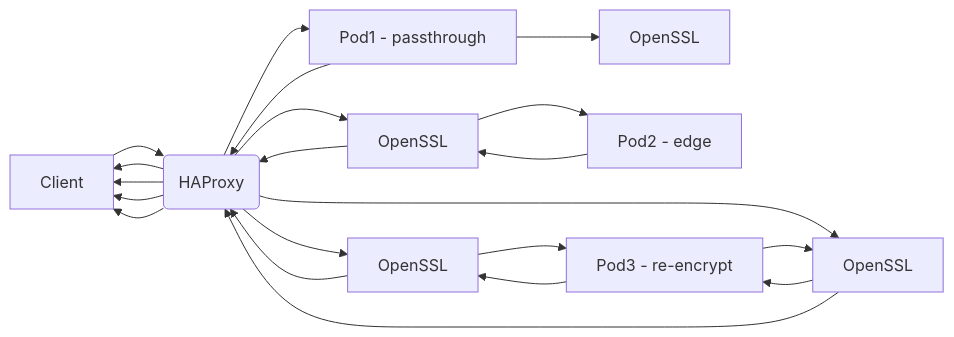
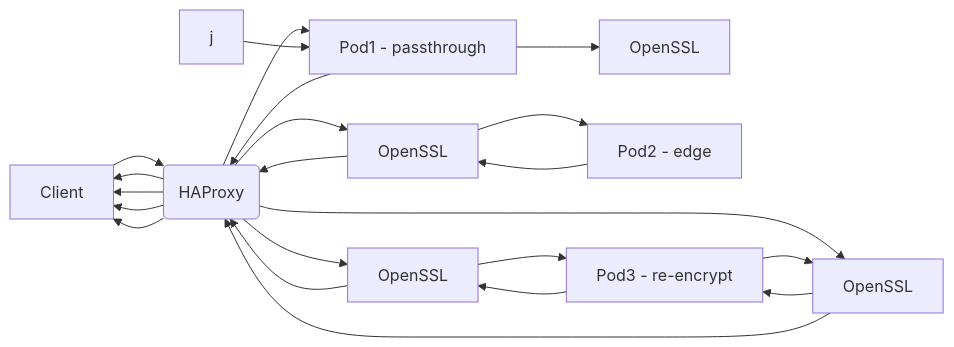
One commit to emmahone/haproxy-state-machine changed the second of 7 diagrams in README.md. Above: the diagram before and after it, drawn with Mermaid.

Commit message:
fix flowchart

````diff
--- a/README.md
+++ b/README.md
@@ -48,29 +48,30 @@
 ```mermaid
 graph LR
   A[Client] --> B(HAProxy);
   B --> C[Pod1 - passthrough];
   C --> B;
   B --> A;
   
   %% Passthrough
   B --> A;
-  C --> J[OpenSSL]
+  C --> J[OpenSSL];
+  j --> C;
   
   %% Edge
   B --> E[OpenSSL];
   E --> F[Pod2 - edge];
   F --> E;
   E --> B;
   B --> A;
   
   %% Re-encrypt
   B --> G[OpenSSL];
   G --> H[Pod3 - re-encrypt];
   H --> G;
   G --> B;
   B --> I[OpenSSL];
   I --> H;
   H --> I;
   I --> B;
   B --> A;
 ```
````
